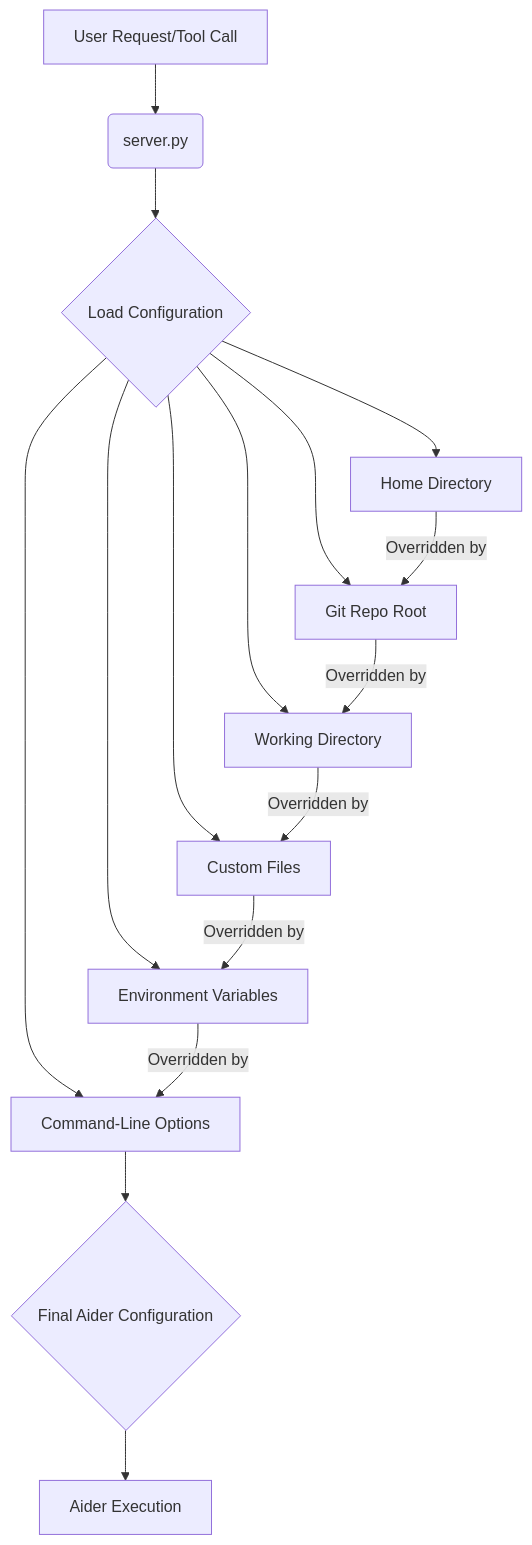
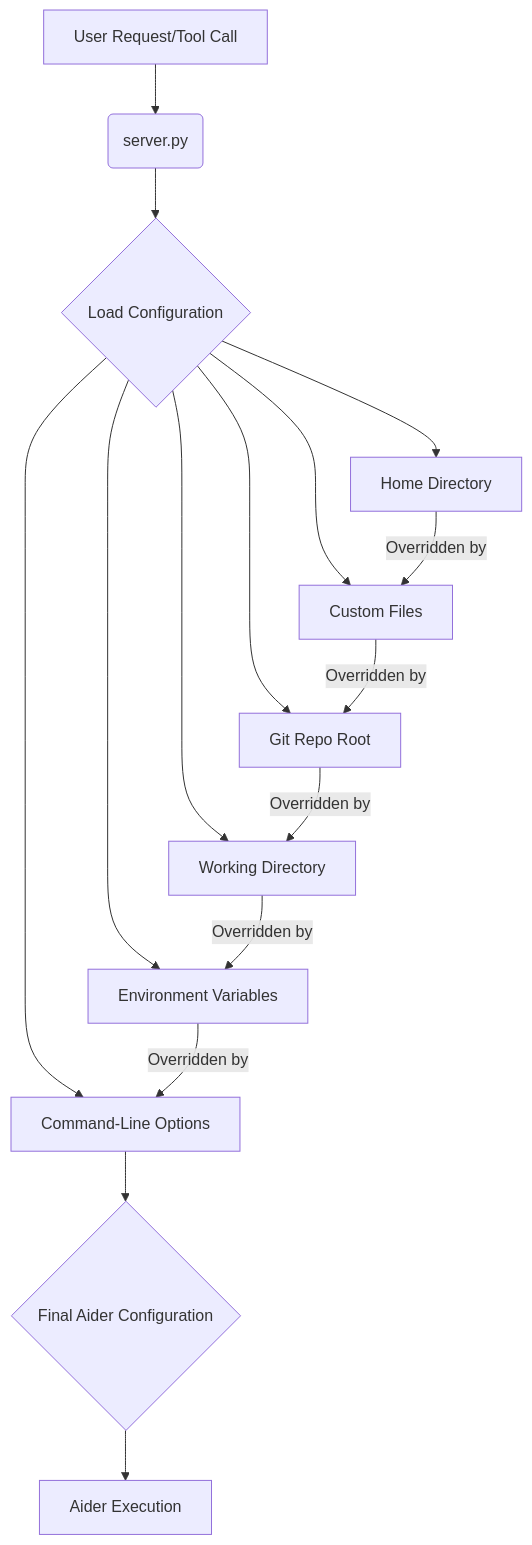
Before and after one commit to daoch4n/mcp-devtools: the diagram in docs/aider_config.md, drawn with Mermaid. The commit also changed other lines of this file, not shown here.

````diff
--- a/docs/aider_config.md
+++ b/docs/aider_config.md
@@ -39,18 +39,18 @@
 ```mermaid
 graph TD
     A["User Request/Tool Call"] --> B("server.py")
     B --> C{Load Configuration}
     C --> D[Home Directory]
     C --> E[Git Repo Root]
     C --> F[Working Directory]
     C --> G[Custom Files]
     C --> H[Environment Variables]
     C --> I[Command-Line Options]
-    D -- Overridden by --> E
+    D -- Overridden by --> G
+    G -- Overridden by --> E
     E -- Overridden by --> F
-    F -- Overridden by --> G
-    G -- Overridden by --> H
+    F -- Overridden by --> H
     H -- Overridden by --> I
     I --> J{Final Aider Configuration}
     J --> K[Aider Execution]
 ```
````
